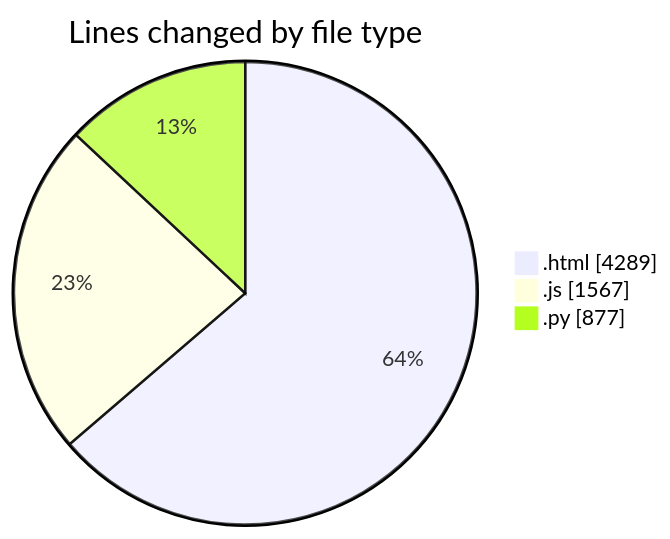
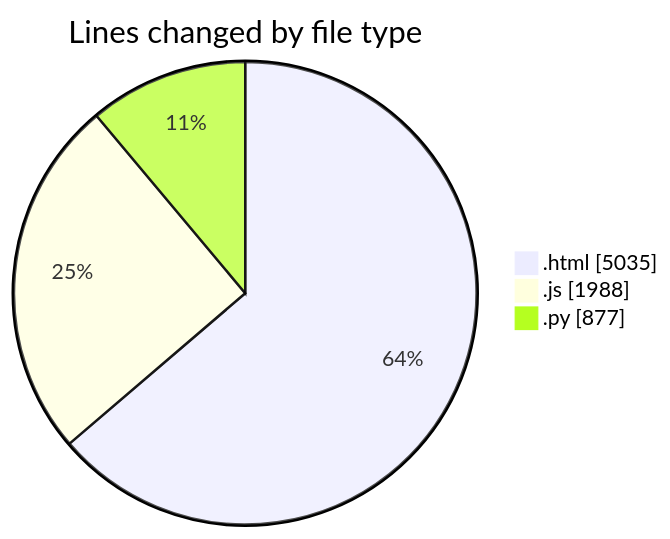
One commit to shibass792/code-tracking changed the first of 2 diagrams in 2026-07-15/shibass-ai/README.md. Above: the diagram before and after it, drawn with Mermaid. The commit also changed other lines of this file and 1 other file, not shown here.

````diff
--- a/2026-07-15/shibass-ai/README.md
+++ b/2026-07-15/shibass-ai/README.md
@@ -24,7 +26,7 @@
 ```mermaid
 pie showData
 title Lines changed by file type
-".html" : 4289
-".js" : 1567
+".html" : 5035
+".js" : 1988
 ".py" : 877
 ```
````
